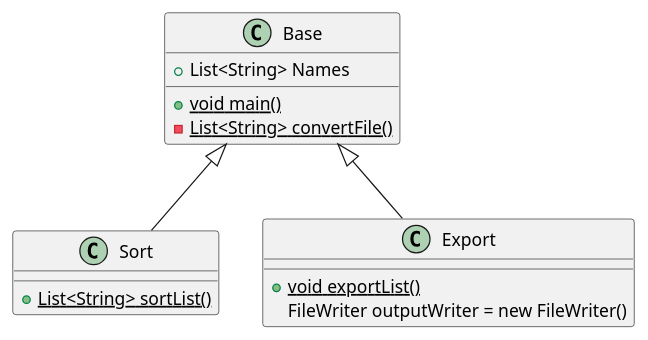
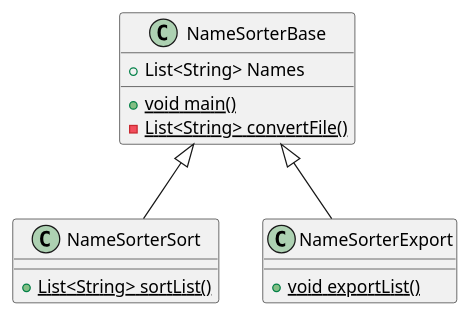
Before and after one commit to SmokeIce593/parrish-cop3330-assignment3: the diagram in docs/ex41.puml, drawn with PlantUML. The commit also changed 14 other files, not shown here.

Commit message:
Everything is done except 44 + 3 other diagrams.

```diff
--- a/docs/ex41.puml
+++ b/docs/ex41.puml
@@ -1,24 +1,23 @@
 @startuml
 'https://plantuml.com/class-diagram
 
 
 
-class Sort{
+class NameSorterSort{
     + {static} List<String> sortList()
 }
 
-class Base{
+class NameSorterBase{
     +List<String> Names
    + {static} void main()
     - {static} List<String> convertFile()
 }
 
-class Export{
+class NameSorterExport{
     + {static} void exportList()
-    FileWriter outputWriter = new FileWriter()
 }
 
-Base <|-- Sort
-Base <|-- Export
+NameSorterBase <|-- NameSorterSort
+NameSorterBase <|-- NameSorterExport
 
 @enduml
```
